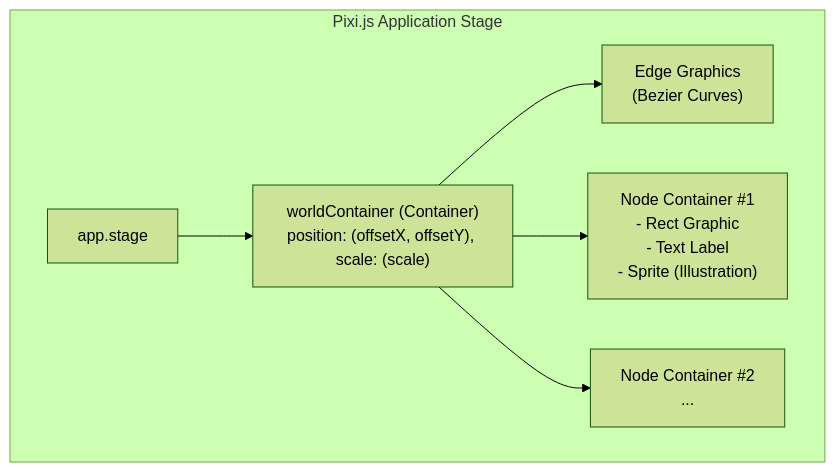
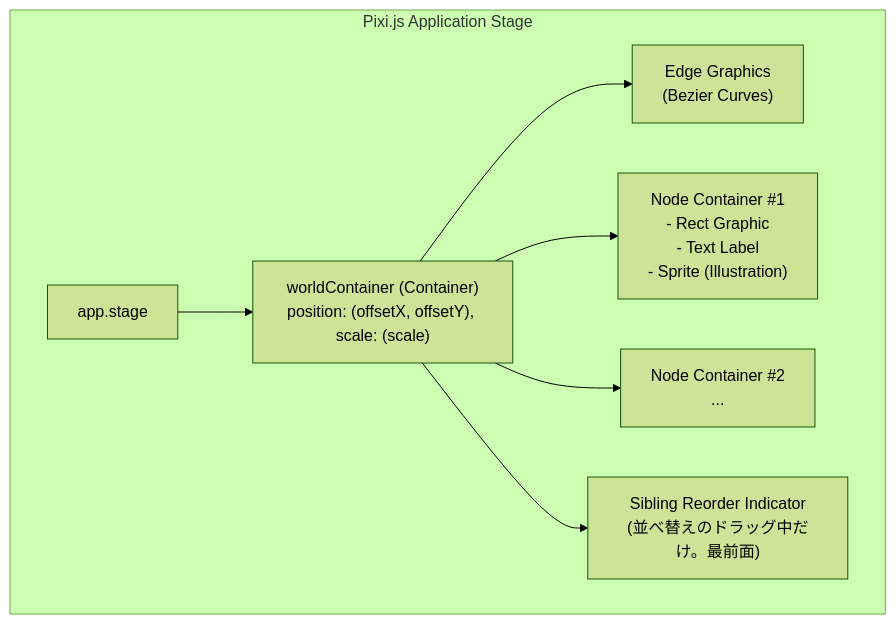
The third of 7 diagrams in docs/architecture/overview.md (poteto317/draw-my-map), drawn with Mermaid (forest theme) before and after one commit. The commit also changed other lines of this file and 7 other files, not shown here.

````diff
--- a/docs/architecture/overview.md
+++ b/docs/architecture/overview.md
@@ -405,15 +411,17 @@
 ```mermaid
 graph TD
     subgraph PixiStage ["Pixi.js Application Stage"]
         Stage["app.stage"]
         WorldContainer["worldContainer (Container)<br/>position: (offsetX, offsetY), scale: (scale)"]
         EdgeContainer["Edge Graphics<br/>(Bezier Curves)"]
         NodeContainer1["Node Container #1<br/>- Rect Graphic<br/>- Text Label<br/>- Sprite (Illustration)"]
         NodeContainer2["Node Container #2<br/>..."]
+        ReorderIndicator["Sibling Reorder Indicator<br/>(並べ替えのドラッグ中だけ。最前面)"]
 
         Stage --> WorldContainer
         WorldContainer --> EdgeContainer
         WorldContainer --> NodeContainer1
         WorldContainer --> NodeContainer2
+        WorldContainer --> ReorderIndicator
     end
 ```
````
